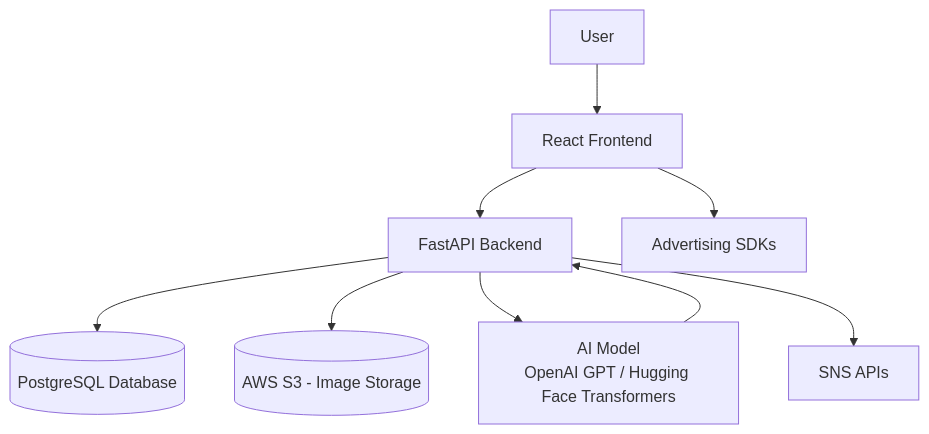
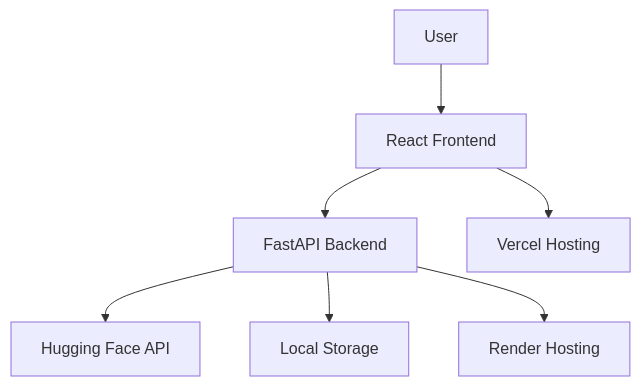
Before and after one commit to suyako-teck/poem-generator-app: the diagram in ポエム作成アプリ設計書.md, drawn with Mermaid. The commit also changed other lines of this file and 11 other files, not shown here.

````diff
--- a/ポエム作成アプリ設計書.md
+++ b/ポエム作成アプリ設計書.md
@@ -37,12 +36,9 @@
 ```mermaid
-%% Component Diagram
 graph TD
     A[User] --> B[React Frontend]
     B --> C[FastAPI Backend]
-    C --> D[(PostgreSQL Database)]
-    C --> E[(AWS S3 - Image Storage)]
-    C --> F[AI Model<br>OpenAI GPT / Hugging Face Transformers]
-    C --> G[SNS APIs]
-    B --> H[Advertising SDKs]
-    F --> C
+    C --> D[Hugging Face API]
+    C --> E[Local Storage]
+    B --> F[Vercel Hosting]
+    C --> G[Render Hosting]
 ```
````
